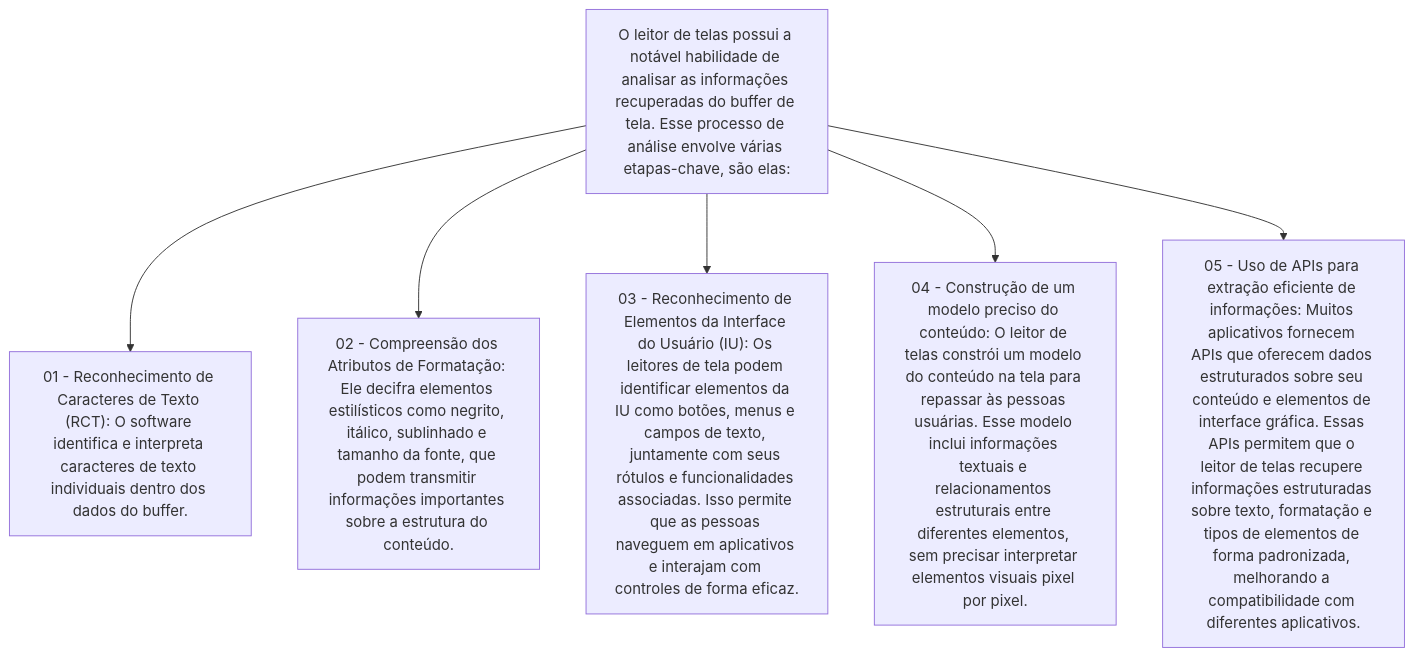
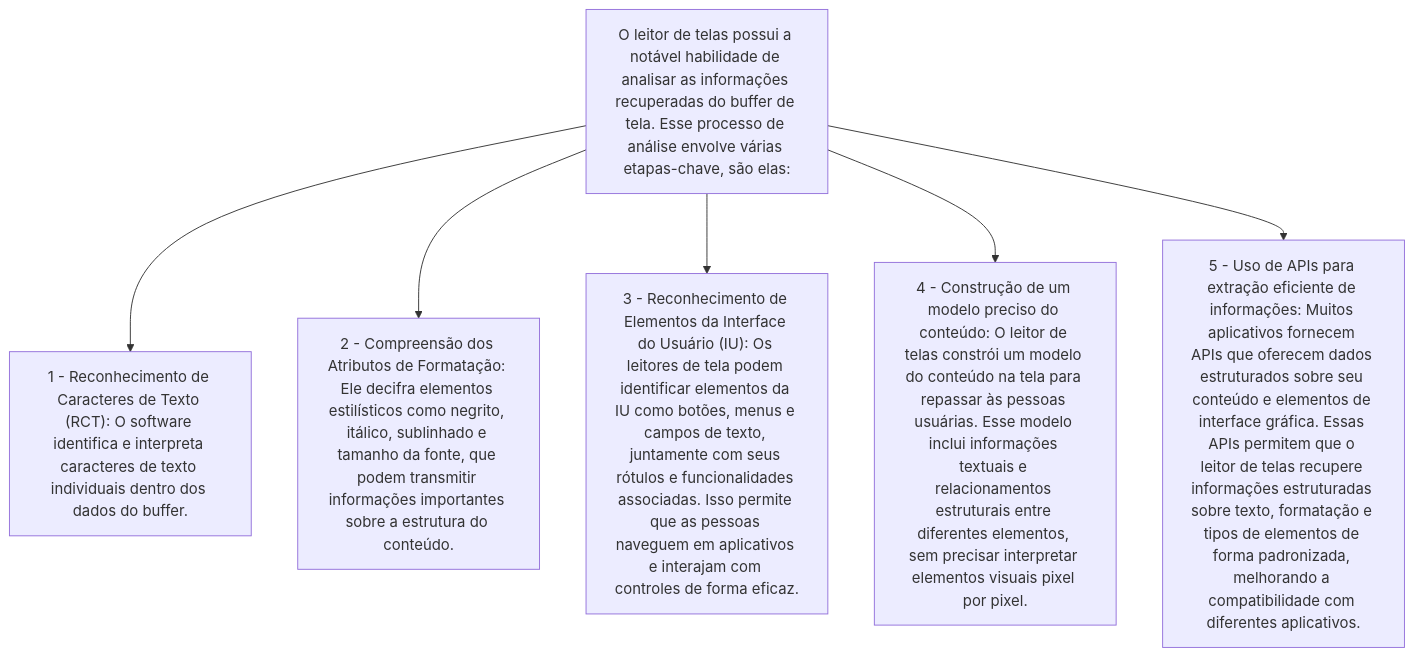
The second of 3 diagrams in README.md (Loui77BA/funcionamento-software-leitor-de-telas), drawn with Mermaid before and after one commit. The commit also changed other lines of this file, not shown here.

````diff
--- a/README.md
+++ b/README.md
@@ -22,14 +24,14 @@
 ```mermaid
 graph TD;
-    A["O leitor de telas possui a notável habilidade de analisar as informações recuperadas do buffer de tela. Esse processo de análise envolve várias etapas-chave, são elas:"]
+  A["O leitor de telas possui a notável habilidade de analisar as informações recuperadas do buffer de tela. Esse processo de análise envolve várias etapas-chave, são elas:"]
 
-    A --> B["01 - Reconhecimento de Caracteres de Texto (RCT): O software identifica e interpreta caracteres de texto individuais dentro dos dados do buffer."]
+  A --> B["1 - Reconhecimento de Caracteres de Texto (RCT): O software identifica e interpreta caracteres de texto individuais dentro dos dados do buffer."]
 
-    A --> C["02 - Compreensão dos Atributos de Formatação: Ele decifra elementos estilísticos como negrito, itálico, sublinhado e tamanho da fonte, que podem transmitir informações importantes sobre a estrutura do conteúdo."]
+  A --> C["2 - Compreensão dos Atributos de Formatação: Ele decifra elementos estilísticos como negrito, itálico, sublinhado e tamanho da fonte, que podem transmitir informações importantes sobre a estrutura do conteúdo."]
 
-    A --> D["03 - Reconhecimento de Elementos da Interface do Usuário (IU): Os leitores de tela podem identificar elementos da IU como botões, menus e campos de texto, juntamente com seus rótulos e funcionalidades associadas. Isso permite que as pessoas naveguem em aplicativos e interajam com controles de forma eficaz."]
+  A --> D["3 - Reconhecimento de Elementos da Interface do Usuário (IU): Os leitores de tela podem identificar elementos da IU como botões, menus e campos de texto, juntamente com seus rótulos e funcionalidades associadas. Isso permite que as pessoas naveguem em aplicativos e interajam com controles de forma eficaz."]
 
-    A --> E["04 - Construção de um modelo preciso do conteúdo: O leitor de telas constrói um modelo do conteúdo na tela para repassar às pessoas usuárias. Esse modelo inclui informações textuais e relacionamentos estruturais entre diferentes elementos, sem precisar interpretar elementos visuais pixel por pixel."]
+  A --> E["4 - Construção de um modelo preciso do conteúdo: O leitor de telas constrói um modelo do conteúdo na tela para repassar às pessoas usuárias. Esse modelo inclui informações textuais e relacionamentos estruturais entre diferentes elementos, sem precisar interpretar elementos visuais pixel por pixel."]
 
-    A --> F["05 - Uso de APIs para extração eficiente de informações: Muitos aplicativos fornecem APIs que oferecem dados estruturados sobre seu conteúdo e elementos de interface gráfica. Essas APIs permitem que o leitor de telas recupere informações estruturadas sobre texto, formatação e tipos de elementos de forma padronizada, melhorando a compatibilidade com diferentes aplicativos."]
+  A --> F["5 - Uso de APIs para extração eficiente de informações: Muitos aplicativos fornecem APIs que oferecem dados estruturados sobre seu conteúdo e elementos de interface gráfica. Essas APIs permitem que o leitor de telas recupere informações estruturadas sobre texto, formatação e tipos de elementos de forma padronizada, melhorando a compatibilidade com diferentes aplicativos."]
 ```
````
